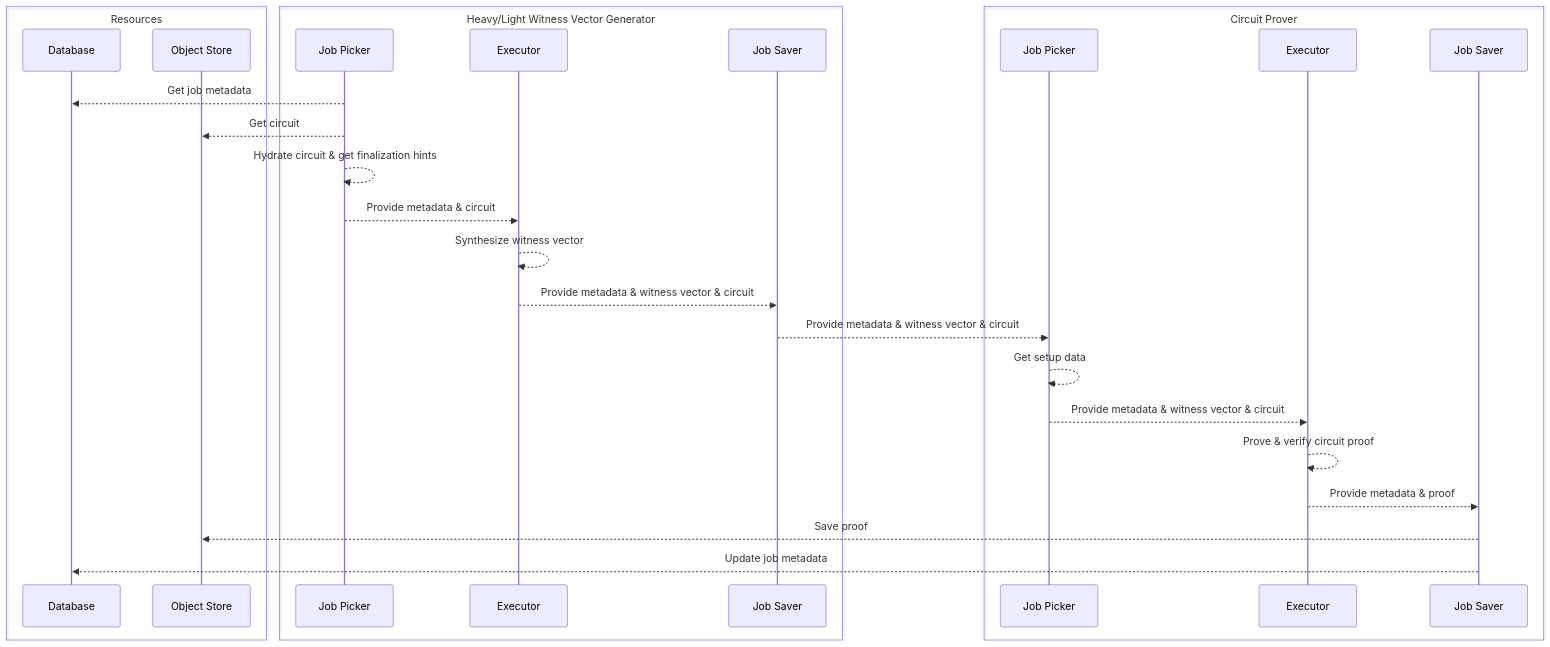
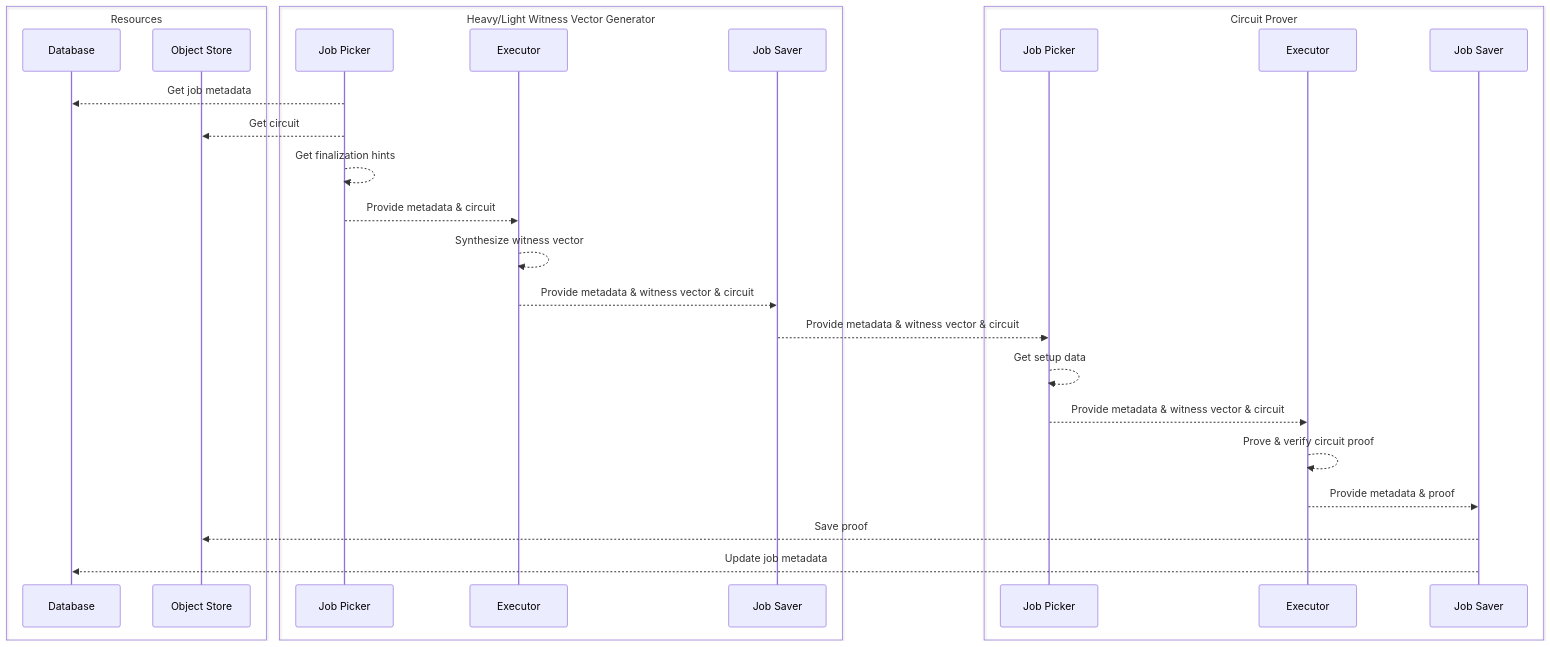
The diagram in prover/crates/lib/circuit_prover_service/README.md (matter-labs/zksync-era), drawn with Mermaid before and after one commit. The commit also changed other lines of this file and 10 other files, not shown here.

````diff
--- a/prover/crates/lib/circuit_prover_service/README.md
+++ b/prover/crates/lib/circuit_prover_service/README.md
@@ -67,30 +64,30 @@
 ```mermaid
 sequenceDiagram
     box Resources
         participant db as Database
         participant os as Object Store
     end
     box Heavy/Light Witness Vector Generator
         participant wvg_p as Job Picker
         participant wvg_e as Executor
         participant wvg_s as Job Saver
     end
     box Circuit Prover
         participant cp_p as Job Picker
         participant cp_e as Executor
         participant cp_s as Job Saver
     end
     wvg_p-->>db: Get job metadata
     wvg_p-->>os: Get circuit
-    wvg_p-->>wvg_p: Hydrate circuit & get finalization hints
+    wvg_p-->>wvg_p: Get finalization hints
     wvg_p-->>wvg_e: Provide metadata & circuit
     wvg_e-->>wvg_e: Synthesize witness vector
     wvg_e-->>wvg_s: Provide metadata & witness vector & circuit
     wvg_s-->>cp_p: Provide metadata & witness vector & circuit
     cp_p-->>cp_p: Get setup data
     cp_p-->>cp_e: Provide metadata & witness vector & circuit
     cp_e-->>cp_e: Prove & verify circuit proof
     cp_e-->>cp_s: Provide metadata & proof
     cp_s-->>os: Save proof
     cp_s-->>db: Update job metadata
 ```
````
